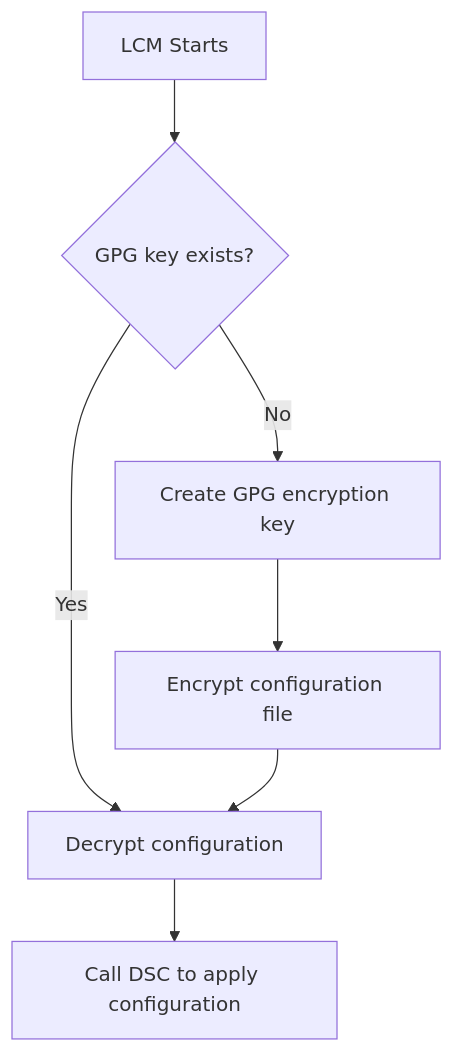
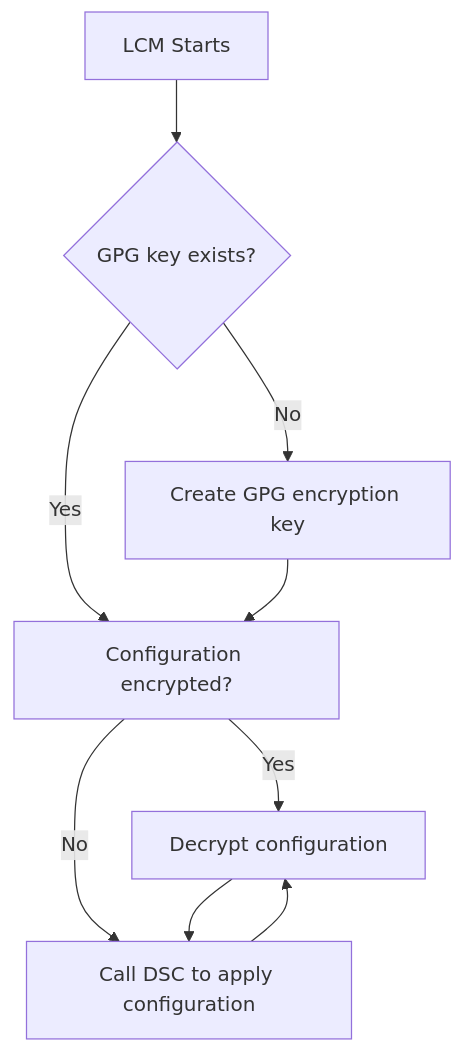
One commit to opendsc/opendsc changed the first of 3 diagrams in README.md. Above: the diagram before and after it, drawn with Mermaid.

Commit message:
Add unencrypted configuration document workflow

````diff
--- a/README.md
+++ b/README.md
@@ -23,9 +23,11 @@
 ```mermaid
 flowchart TD
     A[LCM Starts] --> B{GPG key exists?}
-    B -->|Yes| C[Decrypt configuration]
+    B -->|Yes| C[Configuration encrypted?]
     B -->|No| D[Create GPG encryption key]
-    D --> E[Encrypt configuration file]
-    E --> C
-    C --> F[Call DSC to apply configuration]
+    D --> C
+    C -->|Yes| E[Decrypt configuration]
+    C -->|No| F[Encrypt configuration file]
+    F --> E
+    E --> F[Call DSC to apply configuration]
 ```
````
